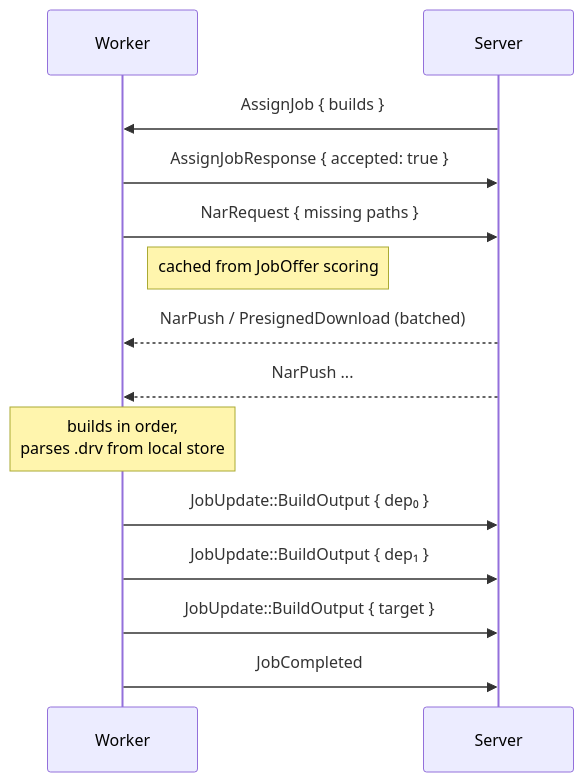
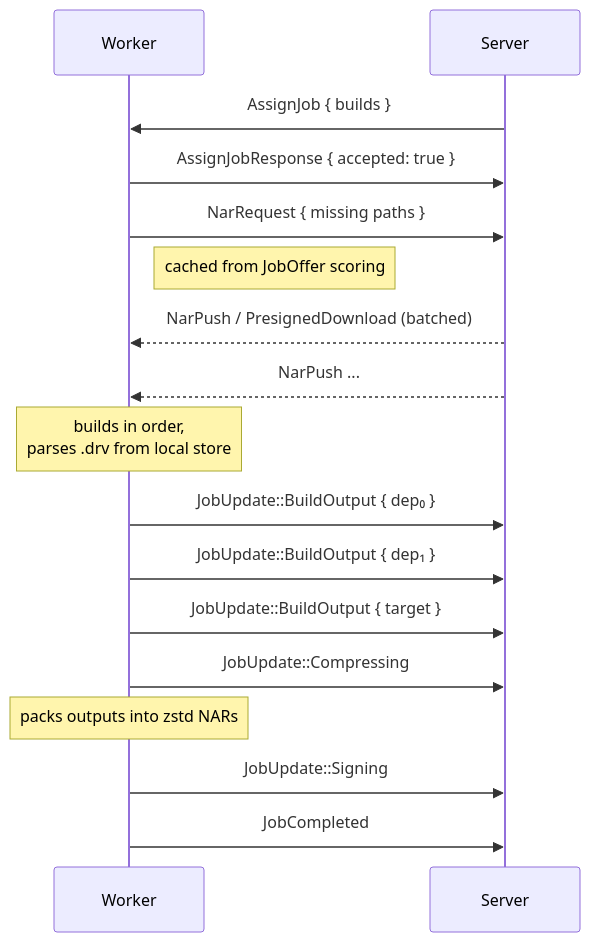
One commit to wavelens/gradient changed the tenth of 15 diagrams in docs/src/development/proto.md. Above: the diagram before and after it, drawn with Mermaid. The commit also changed other lines of this file and 35 other files, not shown here.

````diff
--- a/docs/src/development/proto.md
+++ b/docs/src/development/proto.md
@@ -338,17 +345,20 @@
 ```mermaid
 sequenceDiagram
     participant W as Worker
     participant S as Server
 
     S->>W: AssignJob { builds }
     W->>S: AssignJobResponse { accepted: true }
     W->>S: NarRequest { missing paths }
     Note right of W: cached from JobOffer scoring
     S-->>W: NarPush / PresignedDownload (batched)
     S-->>W: NarPush ...
     Note over W: builds in order,<br/>parses .drv from local store
     W->>S: JobUpdate::BuildOutput { dep₀ }
     W->>S: JobUpdate::BuildOutput { dep₁ }
     W->>S: JobUpdate::BuildOutput { target }
+    W->>S: JobUpdate::Compressing
+    Note over W: packs outputs into zstd NARs
+    W->>S: JobUpdate::Signing
     W->>S: JobCompleted
 ```
````
